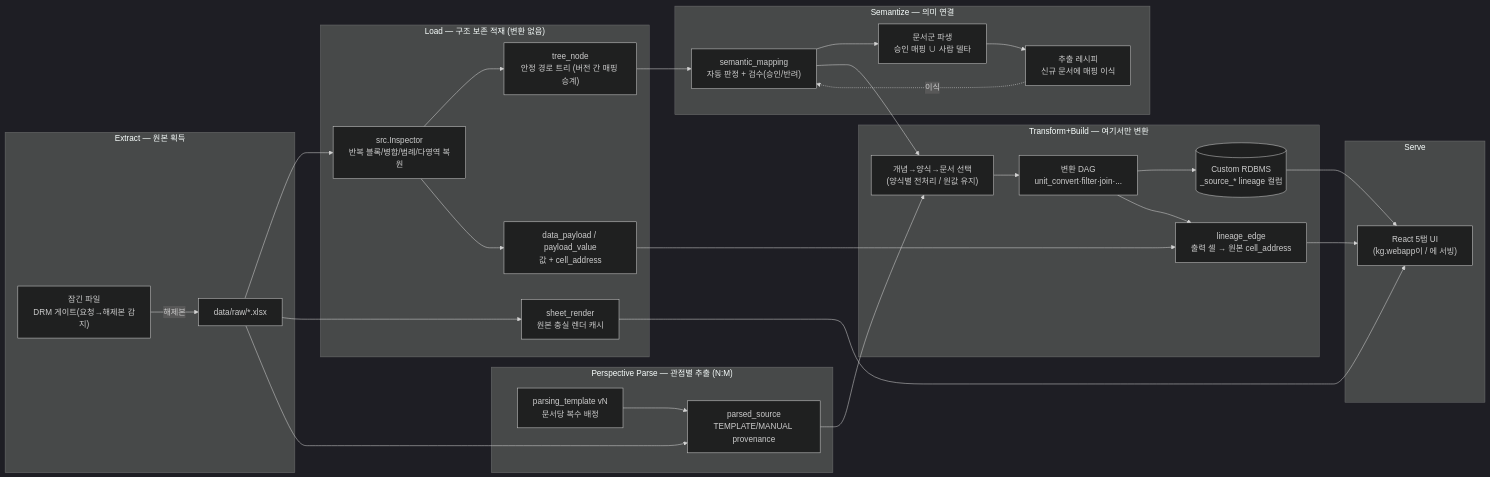
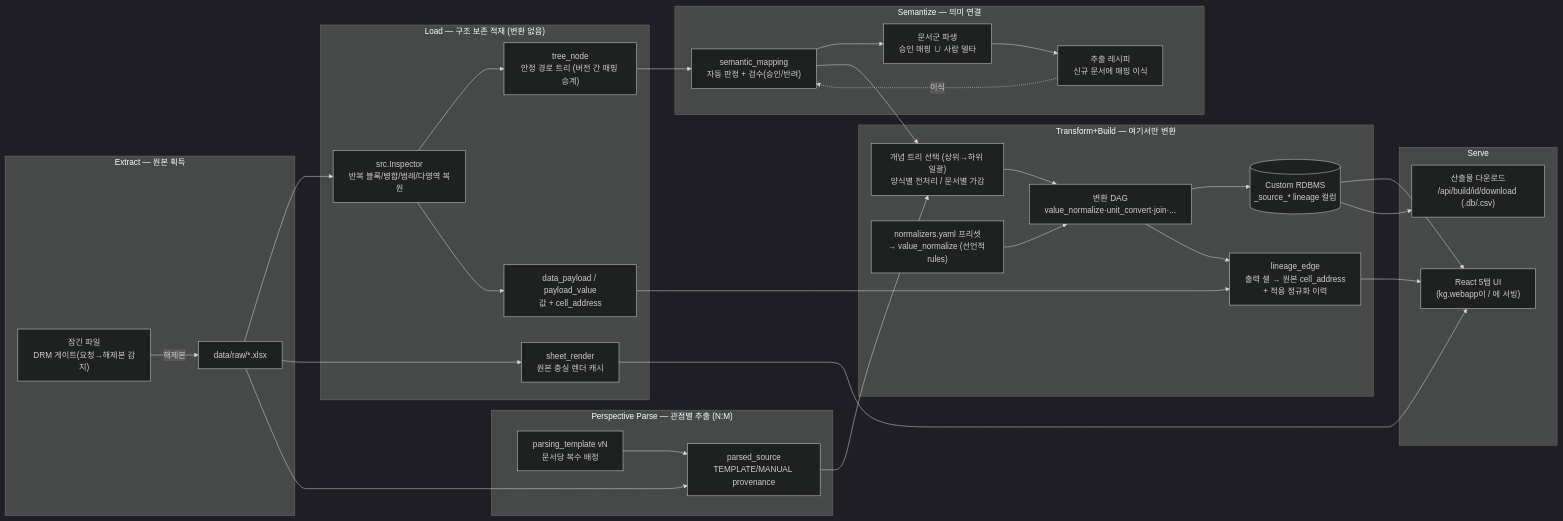
One commit to ujajuck/data_gathering changed diagram 15 of 15 in docs/ARCHITECTURE.md. Above: the diagram before and after it, drawn with Mermaid (dark theme). The commit also changed other lines of this file and 4 other files, not shown here.

First line of the commit message:
문서 갱신 — 정규화 레지스트리·개념 트리·다운로드 구조 반영

````diff
--- a/docs/ARCHITECTURE.md
+++ b/docs/ARCHITECTURE.md
@@ -618,52 +634,56 @@
 ```mermaid
 flowchart LR
     subgraph EX["Extract — 원본 획득"]
         RAW["data/raw/*.xlsx"]
         DRM["잠긴 파일<br/>DRM 게이트(요청→해제본 감지)"]
         DRM -->|해제본| RAW
     end
 
     subgraph LD["Load — 구조 보존 적재 (변환 없음)"]
         INS["src.Inspector<br/>반복 블록/병합/범례/다영역 복원"]
         TREE["tree_node<br/>안정 경로 트리 (버전 간 매핑 승계)"]
         PAY["data_payload / payload_value<br/>값 + cell_address"]
         RC["sheet_render<br/>원본 충실 렌더 캐시"]
         RAW --> INS --> TREE
         INS --> PAY
         RAW --> RC
     end
 
     subgraph SEM["Semantize — 의미 연결"]
         MAP["semantic_mapping<br/>자동 판정 + 검수(승인/반려)"]
         GRP["문서군 파생<br/>승인 매핑 ∪ 사람 델타"]
         RCP["추출 레시피<br/>신규 문서에 매핑 이식"]
         TREE --> MAP --> GRP
         GRP --> RCP -.->|이식| MAP
     end
 
     subgraph TPL["Perspective Parse — 관점별 추출 (N:M)"]
         PT["parsing_template vN<br/>문서당 복수 배정"]
         PS["parsed_source<br/>TEMPLATE/MANUAL provenance"]
         PT --> PS
         RAW --> PS
     end
 
     subgraph TR["Transform+Build — 여기서만 변환"]
-        SEL["개념→양식→문서 선택<br/>(양식별 전처리 / 원값 유지)"]
-        DAG["변환 DAG<br/>unit_convert·filter·join·..."]
+        SEL["개념 트리 선택 (상위→하위 일괄)<br/>양식별 전처리 / 문서별 가감"]
+        NRM["normalizers.yaml 프리셋<br/>→ value_normalize (선언적 rules)"]
+        DAG["변환 DAG<br/>value_normalize·unit_convert·join·..."]
         OUT[("Custom RDBMS<br/>_source_* lineage 컬럼")]
-        LIN["lineage_edge<br/>출력 셀 → 원본 cell_address"]
+        LIN["lineage_edge<br/>출력 셀 → 원본 cell_address<br/>+ 적용 정규화 이력"]
         MAP --> SEL
         PS --> SEL
+        NRM --> DAG
         SEL --> DAG --> OUT
         DAG --> LIN
         PAY --> LIN
     end
 
     subgraph SV["Serve"]
         UI["React 5탭 UI<br/>(kg.webapp이 / 에 서빙)"]
+        DL["산출물 다운로드<br/>/api/build/id/download (.db/.csv)"]
     end
     RC --> UI
     OUT --> UI
+    OUT --> DL
     LIN --> UI
 ```
````
